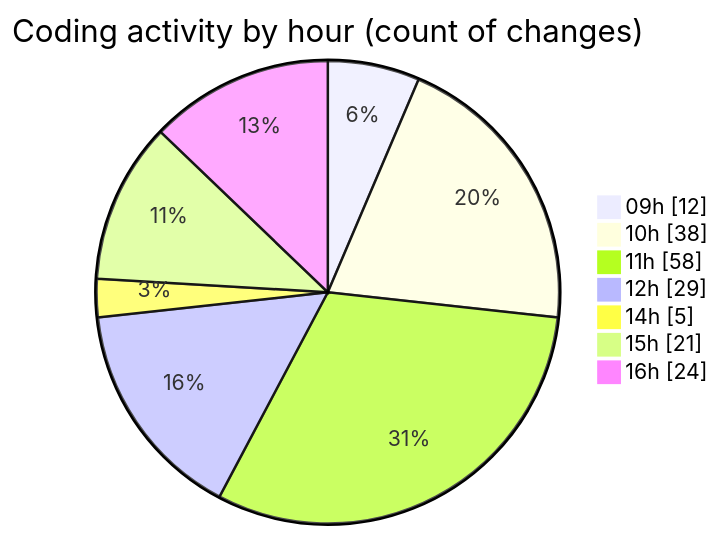
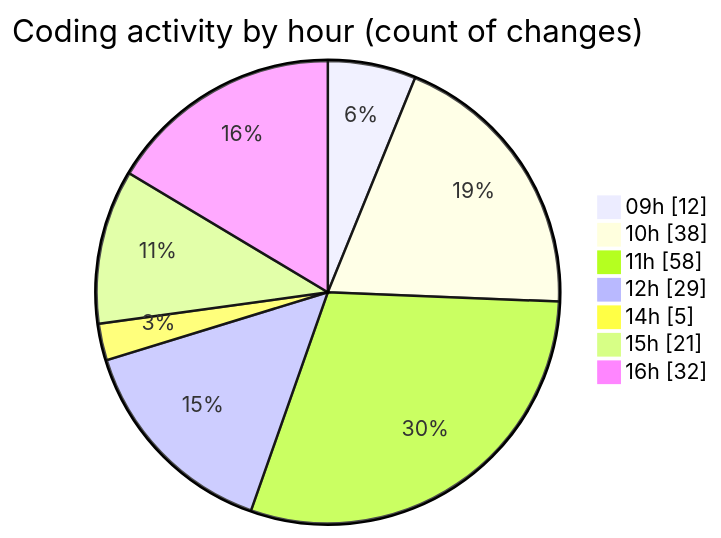
One commit to momahboobian/code-tracking changed the second of 2 diagrams in 2025-10-03/cda/README.md. Above: the diagram before and after it, drawn with Mermaid. The commit also changed other lines of this file and 1 other file, not shown here.

````diff
--- a/2025-10-03/cda/README.md
+++ b/2025-10-03/cda/README.md
@@ -42,11 +42,11 @@
 ```mermaid
 pie showData
 title Coding activity by hour (count of changes)
 "09h" : 12
 "10h" : 38
 "11h" : 58
 "12h" : 29
 "14h" : 5
 "15h" : 21
-"16h" : 24
+"16h" : 32
 ```
````
